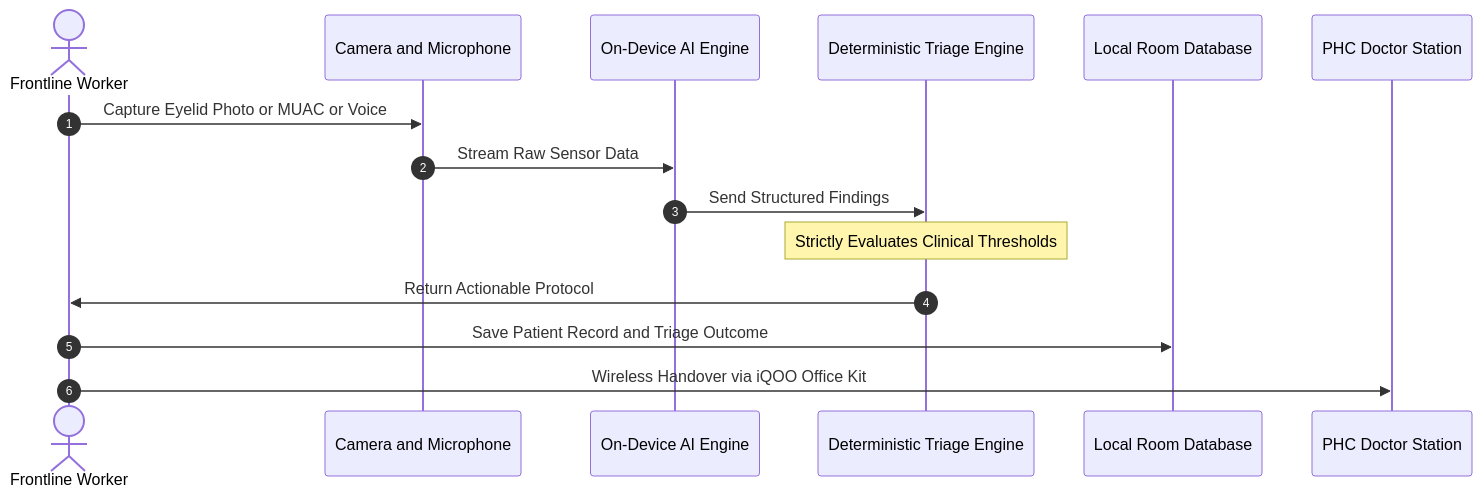
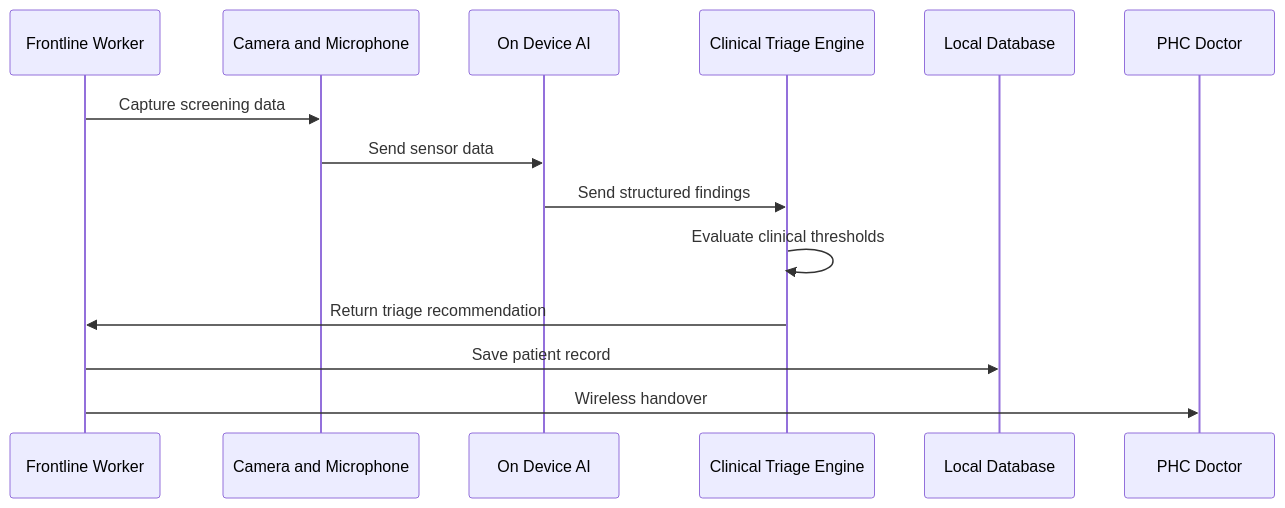
The fourth of 4 diagrams in README.md (SarthakNC/Nidan-AI---IQOO-INDIA-HACKATHON-IDEA-SUBMISSION), drawn with Mermaid before and after one commit. The commit also changed other lines of this file, not shown here.

````diff
--- a/README.md
+++ b/README.md
@@ -246,18 +297,17 @@
 ```mermaid
 sequenceDiagram
-    autonumber
-    actor ASHA as Frontline Worker
-    participant Sensor as Camera and Microphone
-    participant AI as On-Device AI Engine
-    participant Gatekeeper as Deterministic Triage Engine
-    participant DB as Local Room Database
-    participant Doctor as PHC Doctor Station
+    participant ASHA as Frontline Worker
+    participant SENSOR as Camera and Microphone
+    participant AI as On Device AI
+    participant TRIAGE as Clinical Triage Engine
+    participant DB as Local Database
+    participant DOCTOR as PHC Doctor
 
-    ASHA->>Sensor: Capture Eyelid Photo or MUAC or Voice
-    Sensor->>AI: Stream Raw Sensor Data
-    AI->>Gatekeeper: Send Structured Findings
-    Note over Gatekeeper: Strictly Evaluates Clinical Thresholds
-    Gatekeeper->>ASHA: Return Actionable Protocol
-    ASHA->>DB: Save Patient Record and Triage Outcome
-    ASHA->>Doctor: Wireless Handover via iQOO Office Kit
+    ASHA->>SENSOR: Capture screening data
+    SENSOR->>AI: Send sensor data
+    AI->>TRIAGE: Send structured findings
+    TRIAGE->>TRIAGE: Evaluate clinical thresholds
+    TRIAGE->>ASHA: Return triage recommendation
+    ASHA->>DB: Save patient record
+    ASHA->>DOCTOR: Wireless handover
 ```
````
